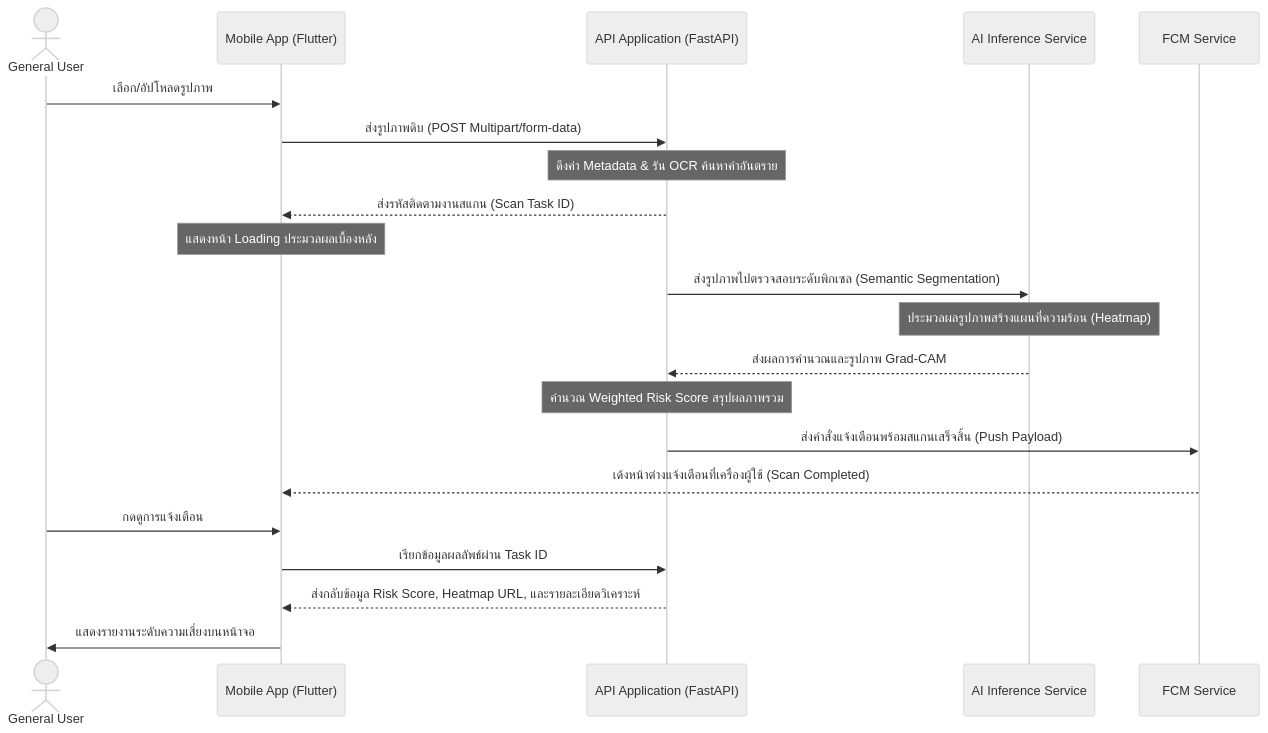
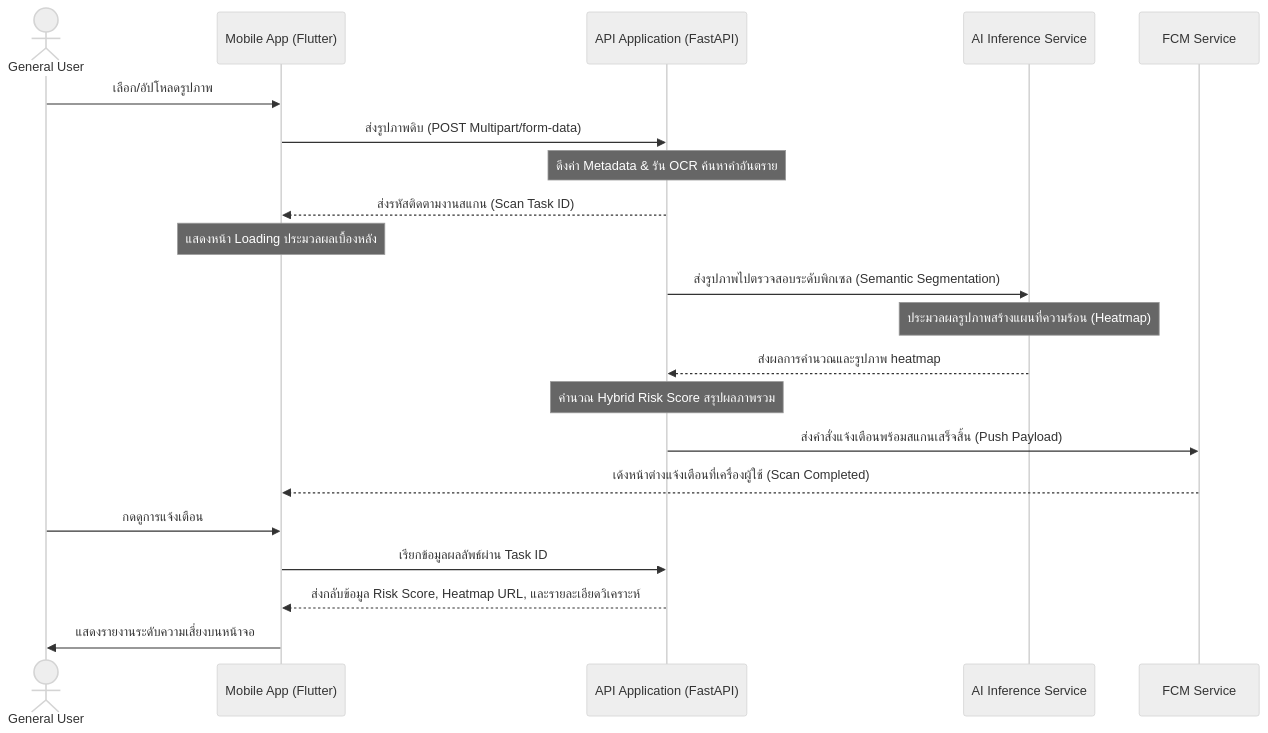
The third of 3 diagrams in design/design.md (Panuwat-ta/project), drawn with Mermaid (neutral theme) before and after one commit. The commit also changed other lines of this file and 83 other files, not shown here.

````diff
--- a/design/design.md
+++ b/design/design.md
@@ -130,27 +130,27 @@
 ```mermaid
 sequenceDiagram
     actor User as General User
     participant App as Mobile App (Flutter)
     participant API as API Application (FastAPI)
     participant AI as AI Inference Service
     participant Push as FCM Service
 
     User->>App: เลือก/อัปโหลดรูปภาพ
     App->>API: ส่งรูปภาพดิบ (POST Multipart/form-data)
     Note over API: ดึงค่า Metadata & รัน OCR ค้นหาคำอันตราย
     API-->>App: ส่งรหัสติดตามงานสแกน (Scan Task ID)
     Note over App: แสดงหน้า Loading ประมวลผลเบื้องหลัง
     
     API->>AI: ส่งรูปภาพไปตรวจสอบระดับพิกเซล (Semantic Segmentation)
     Note over AI: ประมวลผลรูปภาพสร้างแผนที่ความร้อน (Heatmap)
-    AI-->>API: ส่งผลการคำนวณและรูปภาพ Grad-CAM
+    AI-->>API: ส่งผลการคำนวณและรูปภาพ heatmap
     
-    Note over API: คำนวณ Weighted Risk Score สรุปผลภาพรวม
+    Note over API: คำนวณ Hybrid Risk Score สรุปผลภาพรวม
     API->>Push: ส่งคำสั่งแจ้งเตือนพร้อมสแกนเสร็จสิ้น (Push Payload)
     Push-->>App: เด้งหน้าต่างแจ้งเตือนที่เครื่องผู้ใช้ (Scan Completed)
     
     User->>App: กดดูการแจ้งเตือน
     App->>API: เรียกข้อมูลผลลัพธ์ผ่าน Task ID
     API-->>App: ส่งกลับข้อมูล Risk Score, Heatmap URL, และรายละเอียดวิเคราะห์
     App->>User: แสดงรายงานระดับความเสี่ยงบนหน้าจอ
 ```
````
